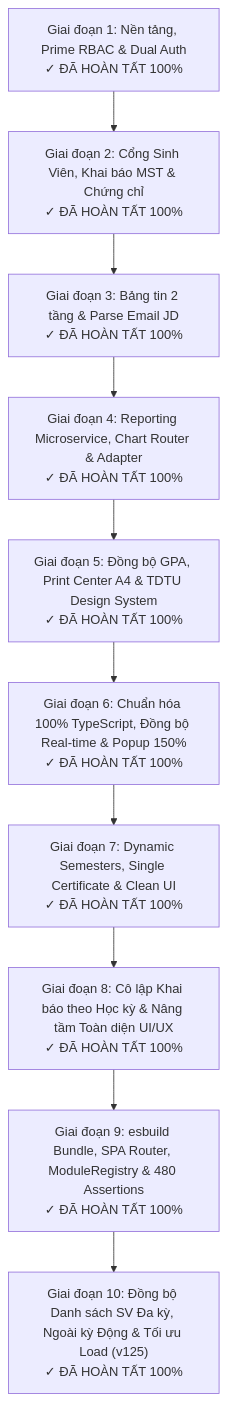
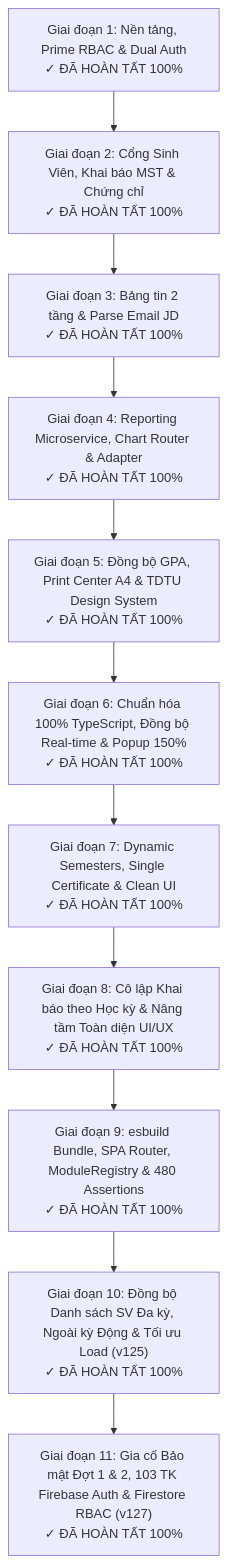
One commit to nhan1232004/DB_CNTT changed the diagram in docs/BAO_CAO_CHI_TIET_DU_AN_TONG_THE_DB_CNTT.md. Above: the diagram before and after it, drawn with Mermaid. The commit also changed other lines of this file and 8 other files, not shown here.

Commit message:
docs: update all project markdown reports, guides, API spec, and test accounts to Build v127 (Phase 1 & 2 Security + Firebase Auth)

````diff
--- a/docs/BAO_CAO_CHI_TIET_DU_AN_TONG_THE_DB_CNTT.md
+++ b/docs/BAO_CAO_CHI_TIET_DU_AN_TONG_THE_DB_CNTT.md
@@ -30,15 +30,16 @@
 ```mermaid
 flowchart TD
     P1["Giai đoạn 1: Nền tảng, Prime RBAC & Dual Auth<br/>✓ ĐÃ HOÀN TẤT 100%"]
     P2["Giai đoạn 2: Cổng Sinh Viên, Khai báo MST & Chứng chỉ<br/>✓ ĐÃ HOÀN TẤT 100%"]
     P3["Giai đoạn 3: Bảng tin 2 tầng & Parse Email JD<br/>✓ ĐÃ HOÀN TẤT 100%"]
     P4["Giai đoạn 4: Reporting Microservice, Chart Router & Adapter<br/>✓ ĐÃ HOÀN TẤT 100%"]
     P5["Giai đoạn 5: Đồng bộ GPA, Print Center A4 & TDTU Design System<br/>✓ ĐÃ HOÀN TẤT 100%"]
     P6["Giai đoạn 6: Chuẩn hóa 100% TypeScript, Đồng bộ Real-time & Popup 150%<br/>✓ ĐÃ HOÀN TẤT 100%"]
     P7["Giai đoạn 7: Dynamic Semesters, Single Certificate & Clean UI<br/>✓ ĐÃ HOÀN TẤT 100%"]
     P8["Giai đoạn 8: Cô lập Khai báo theo Học kỳ & Nâng tầm Toàn diện UI/UX<br/>✓ ĐÃ HOÀN TẤT 100%"]
     P9["Giai đoạn 9: esbuild Bundle, SPA Router, ModuleRegistry & 480 Assertions<br/>✓ ĐÃ HOÀN TẤT 100%"]
     P10["Giai đoạn 10: Đồng bộ Danh sách SV Đa kỳ, Ngoài kỳ Động & Tối ưu Load (v125)<br/>✓ ĐÃ HOÀN TẤT 100%"]
+    P11["Giai đoạn 11: Gia cố Bảo mật Đợt 1 & 2, 103 TK Firebase Auth & Firestore RBAC (v127)<br/>✓ ĐÃ HOÀN TẤT 100%"]
 
-    P1 --> P2 --> P3 --> P4 --> P5 --> P6 --> P7 --> P8 --> P9 --> P10
+    P1 --> P2 --> P3 --> P4 --> P5 --> P6 --> P7 --> P8 --> P9 --> P10 --> P11
 ```
````
